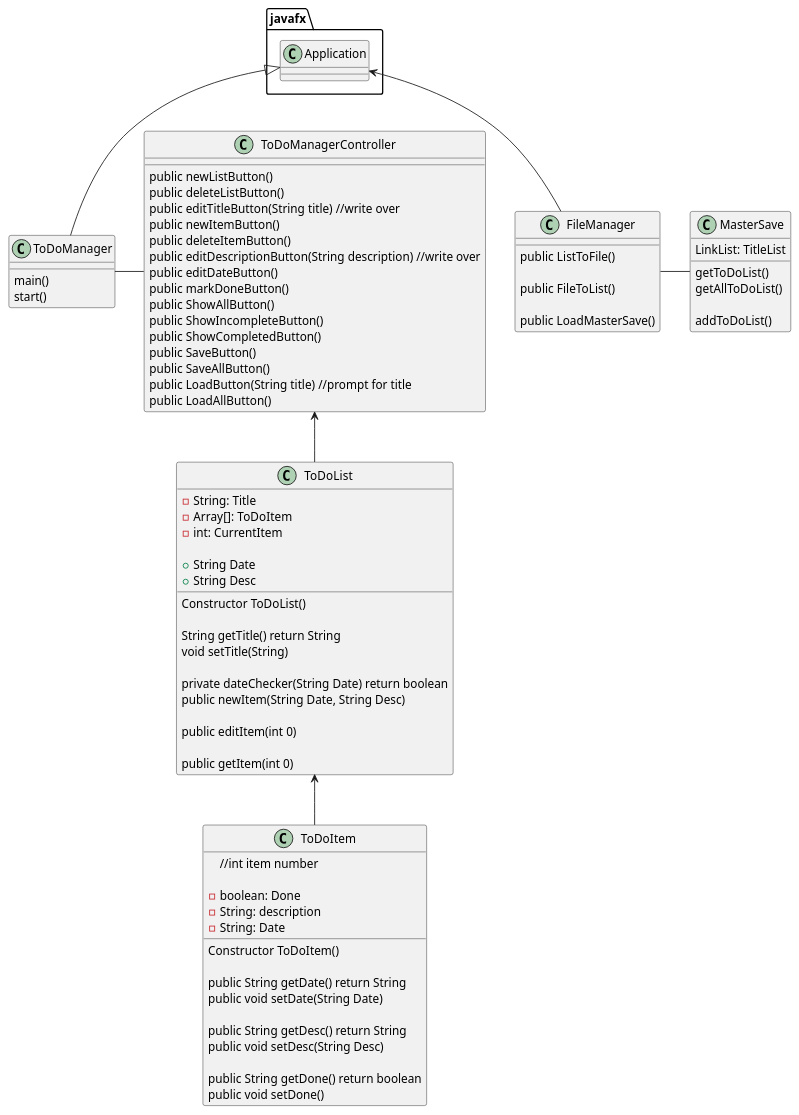
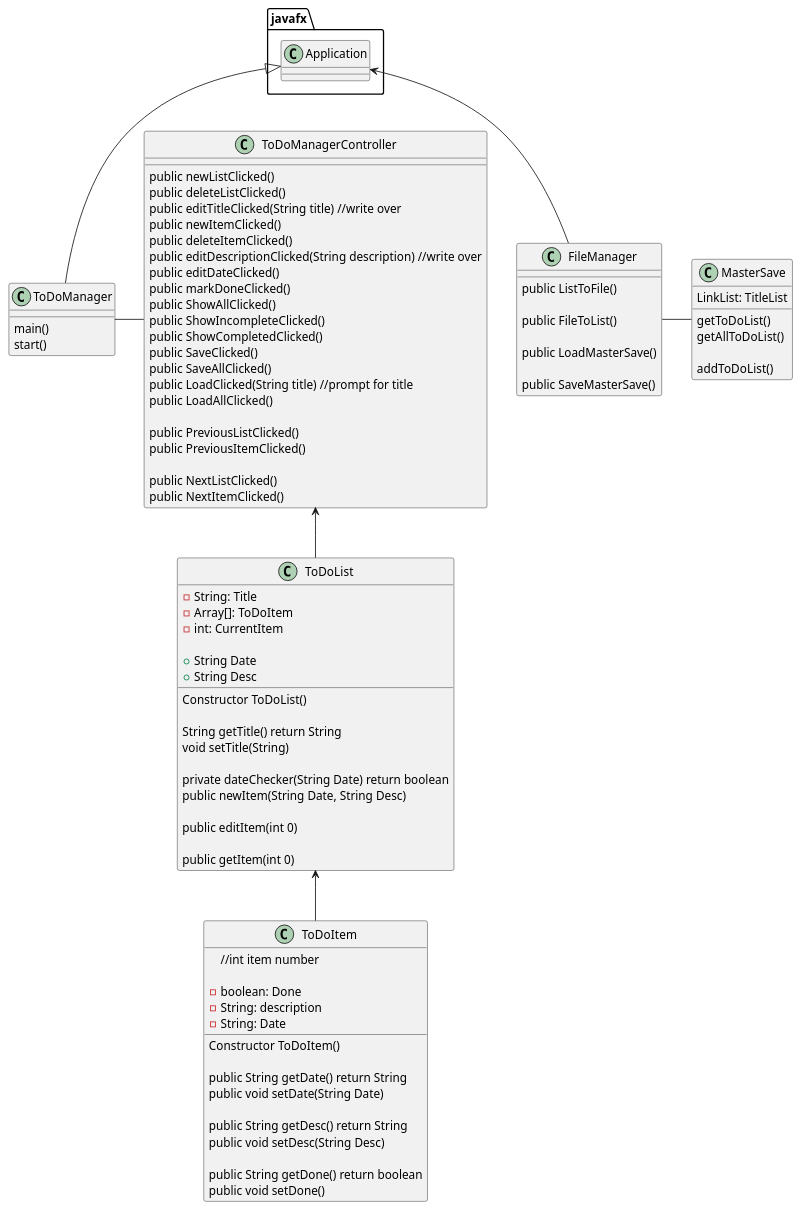
One commit to Chabs64/higgins-cop3330-assignment4 changed the diagram in UML/main.puml. Above: the diagram before and after it, drawn with PlantUML.

Commit message:
Almost Done

```diff
--- a/UML/main.puml
+++ b/UML/main.puml
@@ -1,105 +1,111 @@
 @startuml
 'https://plantuml.com/sequence-diagram
 
 class ToDoManager
 {
     main()
     start()
 }
 
 javafx.Application <|-- ToDoManager
 
 class ToDoManagerController
 {
-    public newListButton()
-    public deleteListButton()
-    public editTitleButton(String title) //write over
-    public newItemButton()
-    public deleteItemButton()
-    public editDescriptionButton(String description) //write over
-    public editDateButton()
-    public markDoneButton()
-    public ShowAllButton()
-    public ShowIncompleteButton()
-    public ShowCompletedButton()
-    public SaveButton()
-    public SaveAllButton()
-    public LoadButton(String title) //prompt for title
-    public LoadAllButton()
+    public newListClicked()
+    public deleteListClicked()
+    public editTitleClicked(String title) //write over
+    public newItemClicked()
+    public deleteItemClicked()
+    public editDescriptionClicked(String description) //write over
+    public editDateClicked()
+    public markDoneClicked()
+    public ShowAllClicked()
+    public ShowIncompleteClicked()
+    public ShowCompletedClicked()
+    public SaveClicked()
+    public SaveAllClicked()
+    public LoadClicked(String title) //prompt for title
+    public LoadAllClicked()
 
+    public PreviousListClicked()
+    public PreviousItemClicked()
 
+    public NextListClicked()
+    public NextItemClicked()
 
 }
 
 ToDoManager - ToDoManagerController
 ToDoManagerController <-- ToDoList
 
 class ToDoList
 {
     - String: Title
     - Array[]: ToDoItem
     - int: CurrentItem
 
     + String Date
     + String Desc
 
     Constructor ToDoList()
 
     String getTitle() return String
     void setTitle(String)
 
     private dateChecker(String Date) return boolean
     public newItem(String Date, String Desc)
 
     public editItem(int 0)
 
     public getItem(int 0)
 }
 
 class ToDoItem
 {
     //int item number
 
     - boolean: Done
     - String: description
     - String: Date
 
     Constructor ToDoItem()
 
     public String getDate() return String
     public void setDate(String Date)
 
     public String getDesc() return String
     public void setDesc(String Desc)
 
     public String getDone() return boolean
     public void setDone()
 }
 
 ToDoList <-- ToDoItem
 
 class FileManager
 {
 
     public ListToFile()
 
     public FileToList()
 
     public LoadMasterSave()
 
+    public SaveMasterSave()
+
 }
 
 class MasterSave
 {
     LinkList: TitleList
 
     getToDoList()
     getAllToDoList()
 
     addToDoList()
 }
 
 FileManager - MasterSave
 javafx.Application <-- FileManager
 
 @enduml
```
